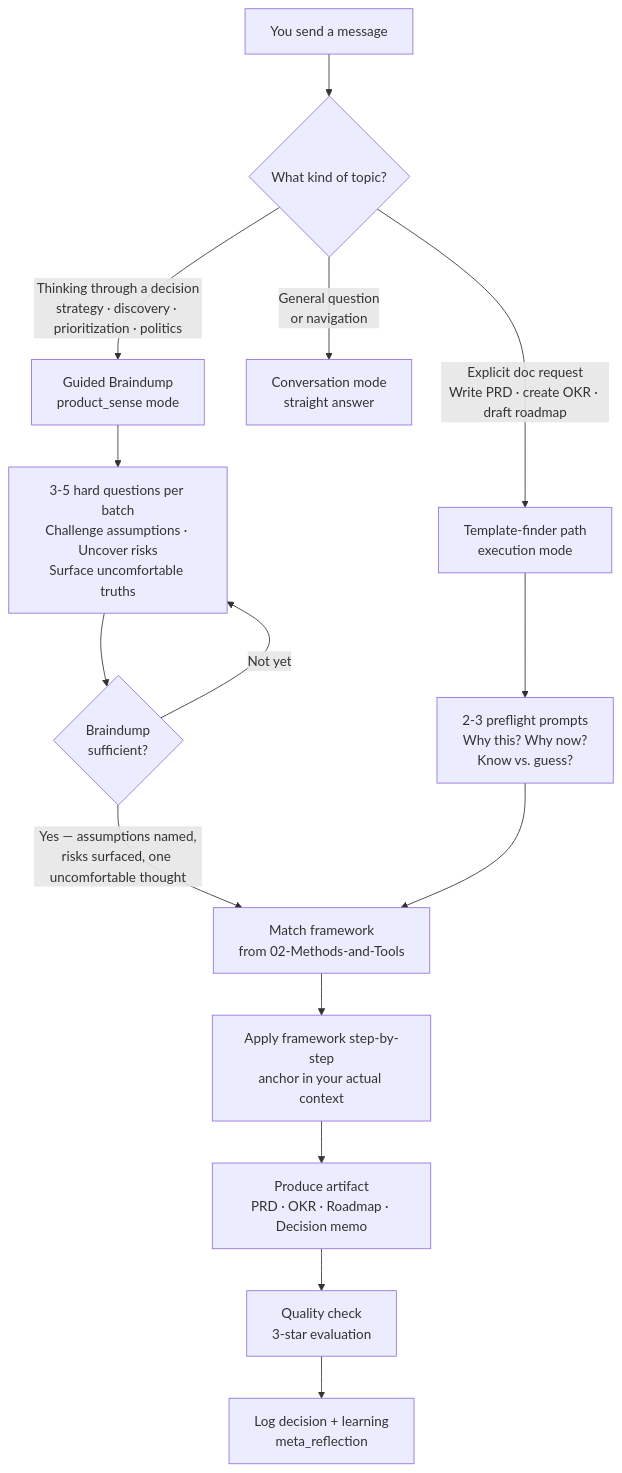
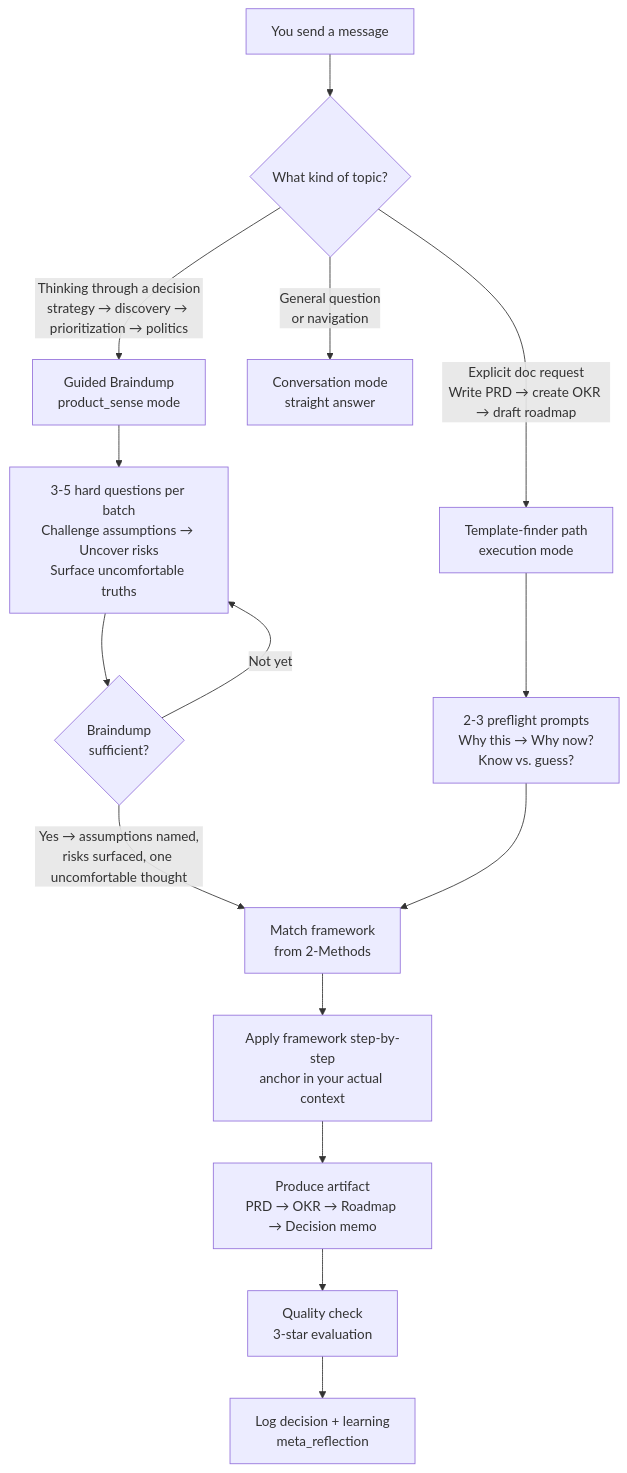
Before and after one commit to andreaskelm/pm-brain: the second of 9 diagrams in docs/architecture.md, drawn with Mermaid. The commit also changed other lines of this file and 644 other files, not shown here.

````diff
--- a/docs/architecture.md
+++ b/docs/architecture.md
@@ -42,21 +42,21 @@
 ```mermaid
 flowchart TD
     MSG["You send a message"] --> ROUTE{What kind of topic?}
 
-    ROUTE -->|"Thinking through a decision<br/>strategy · discovery · prioritization · politics"| PS["Guided Braindump<br/>product_sense mode"]
-    ROUTE -->|"Explicit doc request<br/>Write PRD · create OKR · draft roadmap"| TF["Template-finder path<br/>execution mode"]
+    ROUTE -->|"Thinking through a decision<br/>strategy → discovery → prioritization → politics"| PS["Guided Braindump<br/>product_sense mode"]
+    ROUTE -->|"Explicit doc request<br/>Write PRD → create OKR → draft roadmap"| TF["Template-finder path<br/>execution mode"]
     ROUTE -->|"General question<br/>or navigation"| CONV["Conversation mode<br/>straight answer"]
 
-    PS --> Q["3-5 hard questions per batch<br/>Challenge assumptions · Uncover risks<br/>Surface uncomfortable truths"]
+    PS --> Q["3-5 hard questions per batch<br/>Challenge assumptions → Uncover risks<br/>Surface uncomfortable truths"]
     Q --> BR{Braindump<br/>sufficient?}
     BR -->|"Not yet"| Q
-    BR -->|"Yes — assumptions named,<br/>risks surfaced, one uncomfortable thought"| EM
+    BR -->|"Yes → assumptions named,<br/>risks surfaced, one uncomfortable thought"| EM
 
-    TF --> PRE["2-3 preflight prompts<br/>Why this? Why now?<br/>Know vs. guess?"]
-    PRE --> EM["Match framework<br/>from 02-Methods-and-Tools"]
+    TF --> PRE["2-3 preflight prompts<br/>Why this → Why now?<br/>Know vs. guess?"]
+    PRE --> EM["Match framework<br/>from 2-Methods"]
 
     EM --> FWORK["Apply framework step-by-step<br/>anchor in your actual context"]
-    FWORK --> ART["Produce artifact<br/>PRD · OKR · Roadmap · Decision memo"]
+    FWORK --> ART["Produce artifact<br/>PRD → OKR → Roadmap → Decision memo"]
     ART --> EVAL["Quality check<br/>3-star evaluation"]
     EVAL --> LOG["Log decision + learning<br/>meta_reflection"]
 ```
````
